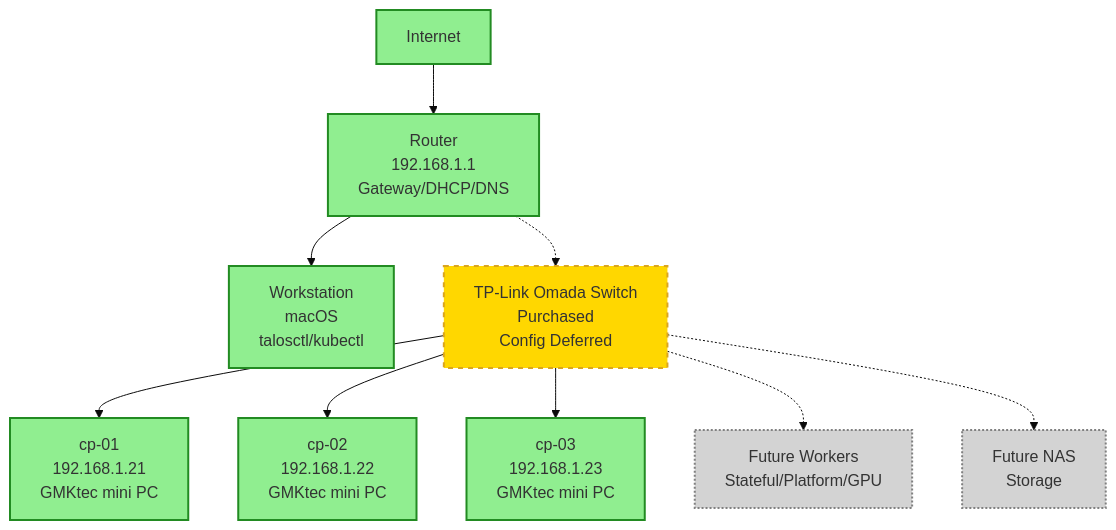
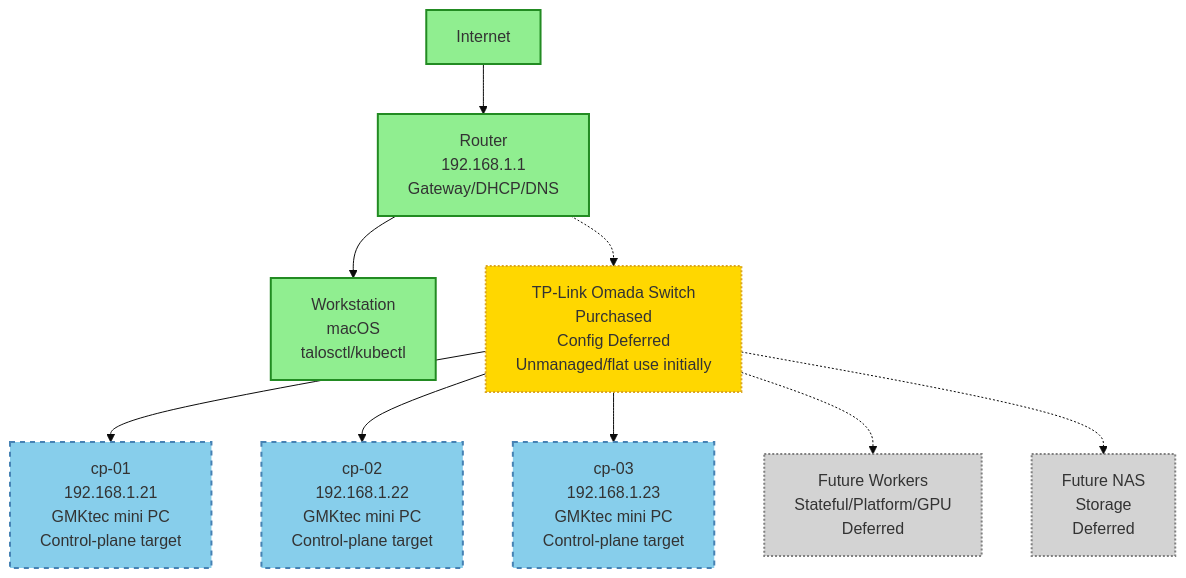
Before and after one commit to Okja-Engineering/home-lab: the diagram in diagrams/physical-topology.md, drawn with Mermaid (base theme). The commit also changed other lines of this file and 1 other file, not shown here.

Commit message:
docs(diagrams): clarify current and deferred topology

````diff
--- a/diagrams/physical-topology.md
+++ b/diagrams/physical-topology.md
@@ -11,29 +12,31 @@
 ```mermaid
 graph TB
     Internet[Internet]
     Router[Router<br/>192.168.1.1<br/>Gateway/DHCP/DNS]
     Workstation[Workstation<br/>macOS<br/>talosctl/kubectl]
-    Switch[TP-Link Omada Switch<br/>Purchased<br/>Config Deferred]
-    cp01[cp-01<br/>192.168.1.21<br/>GMKtec mini PC]
-    cp02[cp-02<br/>192.168.1.22<br/>GMKtec mini PC]
-    cp03[cp-03<br/>192.168.1.23<br/>GMKtec mini PC]
-    FutureWorkers[Future Workers<br/>Stateful/Platform/GPU]
-    FutureNAS[Future NAS<br/>Storage]
+    Switch[TP-Link Omada Switch<br/>Purchased<br/>Config Deferred<br/>Unmanaged/flat use initially]
+    cp01[cp-01<br/>192.168.1.21<br/>GMKtec mini PC<br/>Control-plane target]
+    cp02[cp-02<br/>192.168.1.22<br/>GMKtec mini PC<br/>Control-plane target]
+    cp03[cp-03<br/>192.168.1.23<br/>GMKtec mini PC<br/>Control-plane target]
+    FutureWorkers[Future Workers<br/>Stateful/Platform/GPU<br/>Deferred]
+    FutureNAS[Future NAS<br/>Storage<br/>Deferred]
 
     Internet --> Router
     Router --> Workstation
     Router -.-> Switch
     Switch --> cp01
     Switch --> cp02
     Switch --> cp03
     Switch -.-> FutureWorkers
     Switch -.-> FutureNAS
 
     classDef current fill:#90EE90,stroke:#228B22,stroke-width:2px
-    classDef deferred fill:#FFD700,stroke:#DAA520,stroke-width:2px,stroke-dasharray: 5 5
+    classDef target fill:#87CEEB,stroke:#4682B4,stroke-width:2px,stroke-dasharray: 5 5
+    classDef deferred fill:#FFD700,stroke:#DAA520,stroke-width:2px,stroke-dasharray: 2 2
     classDef future fill:#D3D3D3,stroke:#808080,stroke-width:2px,stroke-dasharray: 2 2
 
-    class Internet,Router,Workstation,cp01,cp02,cp03 current
+    class Internet,Router,Workstation current
+    class cp01,cp02,cp03 target
     class Switch deferred
     class FutureWorkers,FutureNAS future
 ```
````
